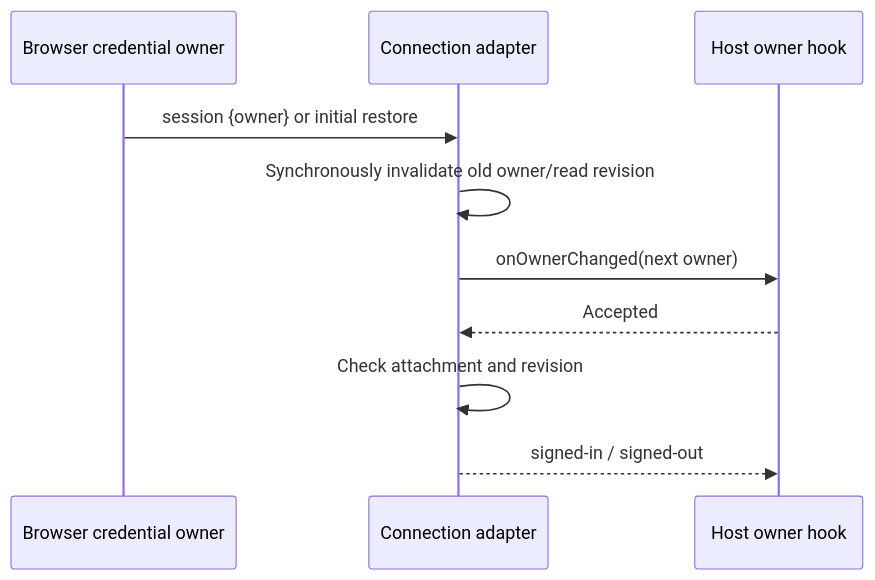
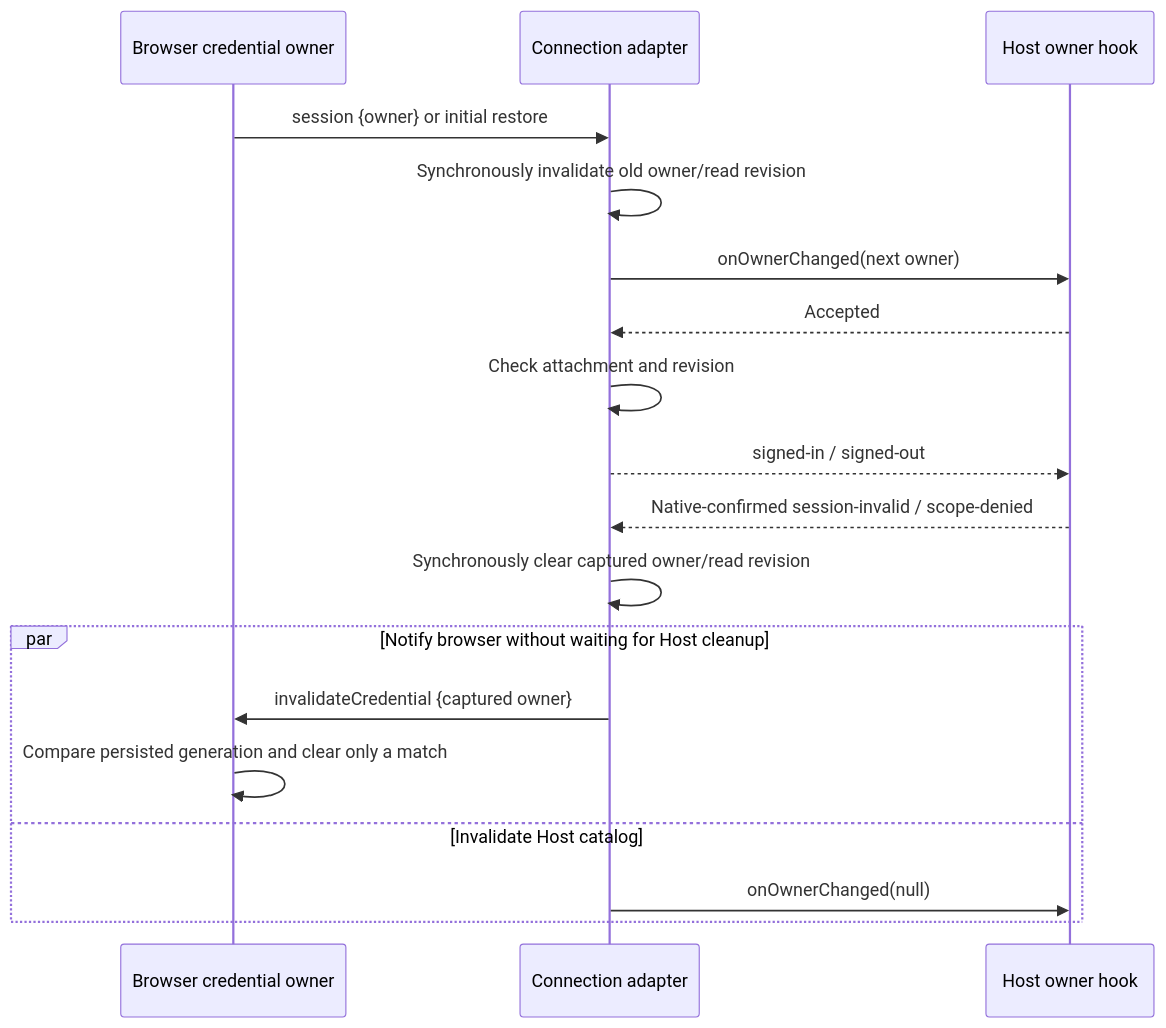
Before and after one commit to 978655242/XCode: the diagram in packages/server/src/aiscoo-browser-account/CONTRACT.md, drawn with Mermaid. The commit also changed other lines of this file and 14 other files, not shown here.

Commit message:
fix(web): preserve OAuth proxies and invalidate revoked browser sessions

````diff
--- a/packages/server/src/aiscoo-browser-account/CONTRACT.md
+++ b/packages/server/src/aiscoo-browser-account/CONTRACT.md
@@ -7,12 +7,20 @@
 ```mermaid
 sequenceDiagram
   participant B as Browser credential owner
   participant A as Connection adapter
   participant H as Host owner hook
   B->>A: session {owner} or initial restore
   A->>A: Synchronously invalidate old owner/read revision
   A->>H: onOwnerChanged(next owner)
   H-->>A: Accepted
   A->>A: Check attachment and revision
   A-->>H: signed-in / signed-out
+  H-->>A: Native-confirmed session-invalid / scope-denied
+  A->>A: Synchronously clear captured owner/read revision
+  par Notify browser without waiting for Host cleanup
+    A->>B: invalidateCredential {captured owner}
+    B->>B: Compare persisted generation and clear only a match
+  and Invalidate Host catalog
+    A->>H: onOwnerChanged(null)
+  end
 ```
````
